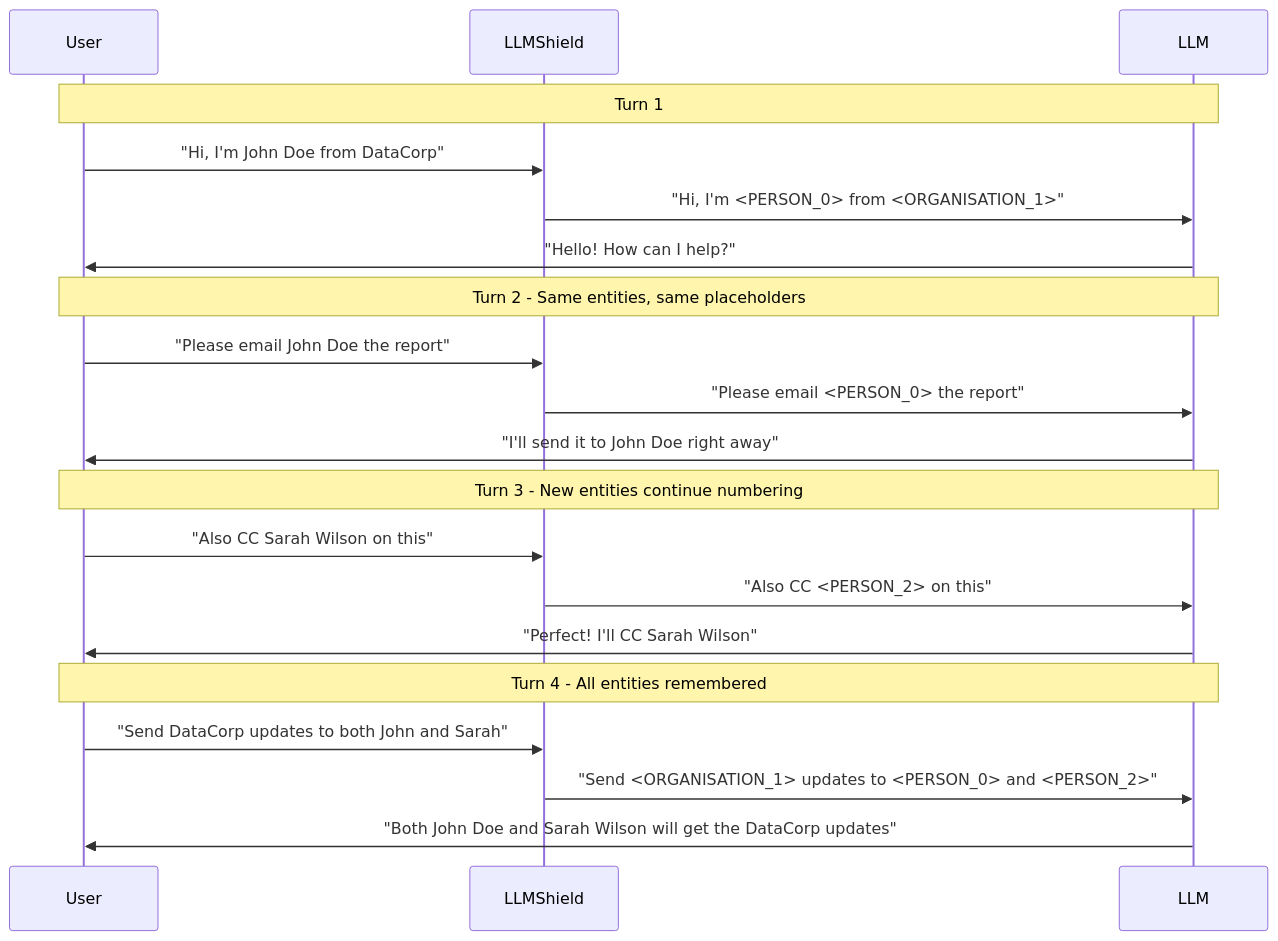
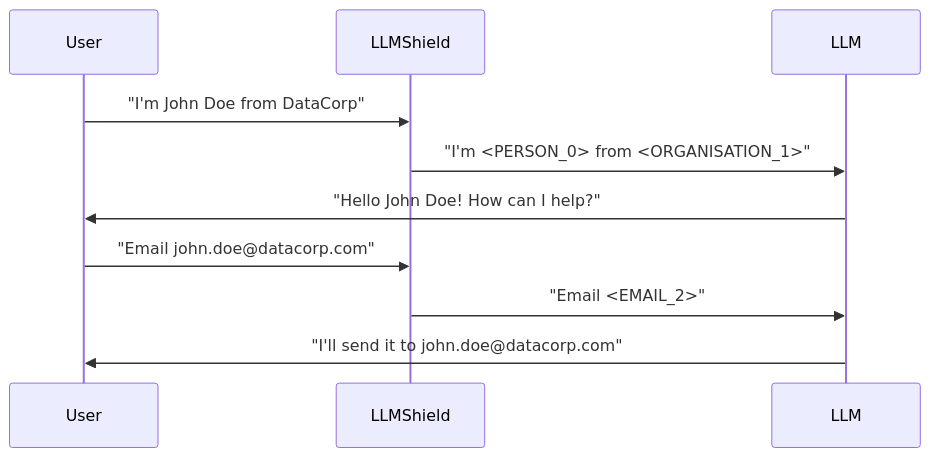
The third of 4 diagrams in README.md (brainpolo/llmshield), drawn with Mermaid before and after one commit. The commit also changed other lines of this file and 11 other files, not shown here.

````diff
--- a/README.md
+++ b/README.md
@@ -128,26 +231,14 @@
 ```mermaid
 sequenceDiagram
     participant User
     participant LLMShield
     participant LLM
 
-    Note over User,LLM: Turn 1
-    User->>LLMShield: "Hi, I'm John Doe from DataCorp"
-    LLMShield->>LLM: "Hi, I'm <PERSON_0> from <ORGANISATION_1>"
-    LLM->>User: "Hello! How can I help?"
+    User->>LLMShield: "I'm John Doe from DataCorp"
+    LLMShield->>LLM: "I'm <PERSON_0> from <ORGANISATION_1>"
+    LLM->>User: "Hello John Doe! How can I help?"
 
-    Note over User,LLM: Turn 2 - Same entities, same placeholders
-    User->>LLMShield: "Please email John Doe the report"
-    LLMShield->>LLM: "Please email <PERSON_0> the report"
-    LLM->>User: "I'll send it to John Doe right away"
-
-    Note over User,LLM: Turn 3 - New entities continue numbering
-    User->>LLMShield: "Also CC Sarah Wilson on this"
-    LLMShield->>LLM: "Also CC <PERSON_2> on this"
-    LLM->>User: "Perfect! I'll CC Sarah Wilson"
-
-    Note over User,LLM: Turn 4 - All entities remembered
-    User->>LLMShield: "Send DataCorp updates to both John and Sarah"
-    LLMShield->>LLM: "Send <ORGANISATION_1> updates to <PERSON_0> and <PERSON_2>"
-    LLM->>User: "Both John Doe and Sarah Wilson will get the DataCorp updates"
+    User->>LLMShield: "Email john.doe@datacorp.com"
+    LLMShield->>LLM: "Email <EMAIL_2>"
+    LLM->>User: "I'll send it to john.doe@datacorp.com"
 ```
````
